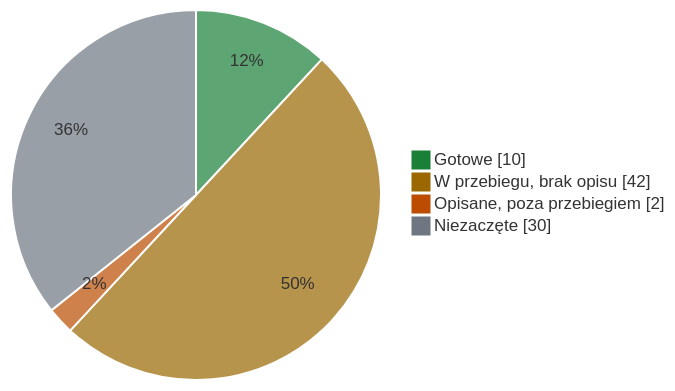
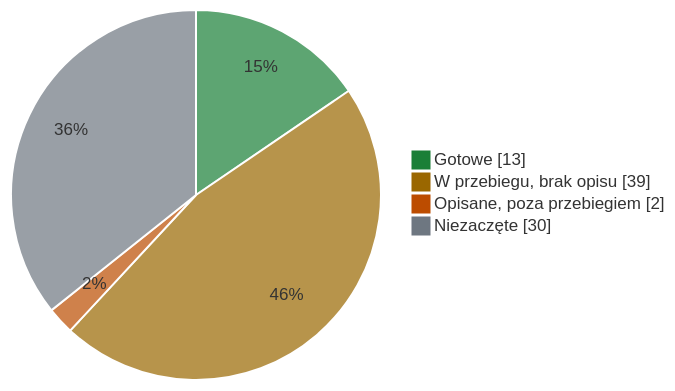
Before and after one commit to slayerlabs/benchmarks-fabryka-ai: the diagram in research/STATUS.md, drawn with Mermaid. The commit also changed other lines of this file and 13 other files, not shown here.

````diff
--- a/research/STATUS.md
+++ b/research/STATUS.md
@@ -14,8 +14,8 @@
 ```mermaid
 %%{init: {'theme': 'base', 'themeVariables': {'pie1': '#1a7f37', 'pie2': '#9a6700', 'pie3': '#bc4c00', 'pie4': '#6e7781', 'pieStrokeColor': '#ffffff', 'pieOuterStrokeWidth': '0px'}}}%%
 pie showData
-    "Gotowe" : 10
-    "W przebiegu, brak opisu" : 42
+    "Gotowe" : 13
+    "W przebiegu, brak opisu" : 39
     "Opisane, poza przebiegiem" : 2
     "Niezaczęte" : 30
 ```
````
